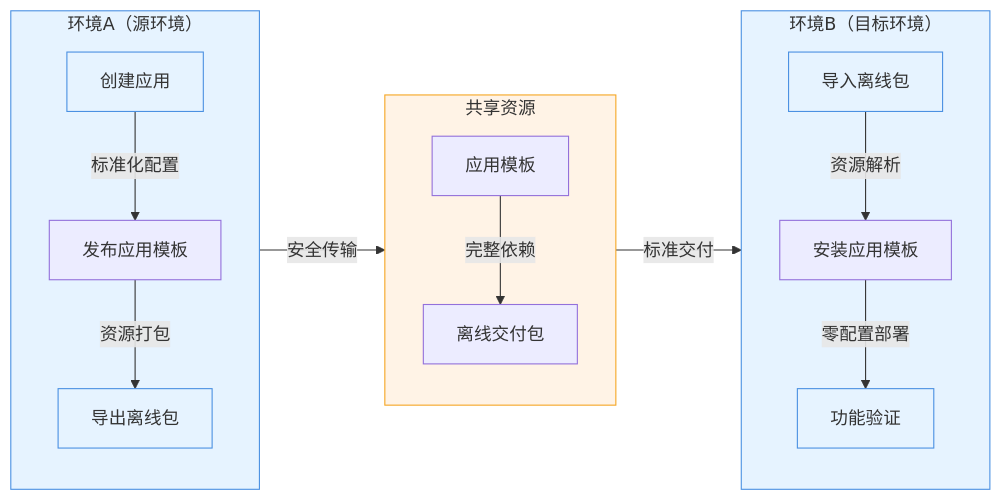
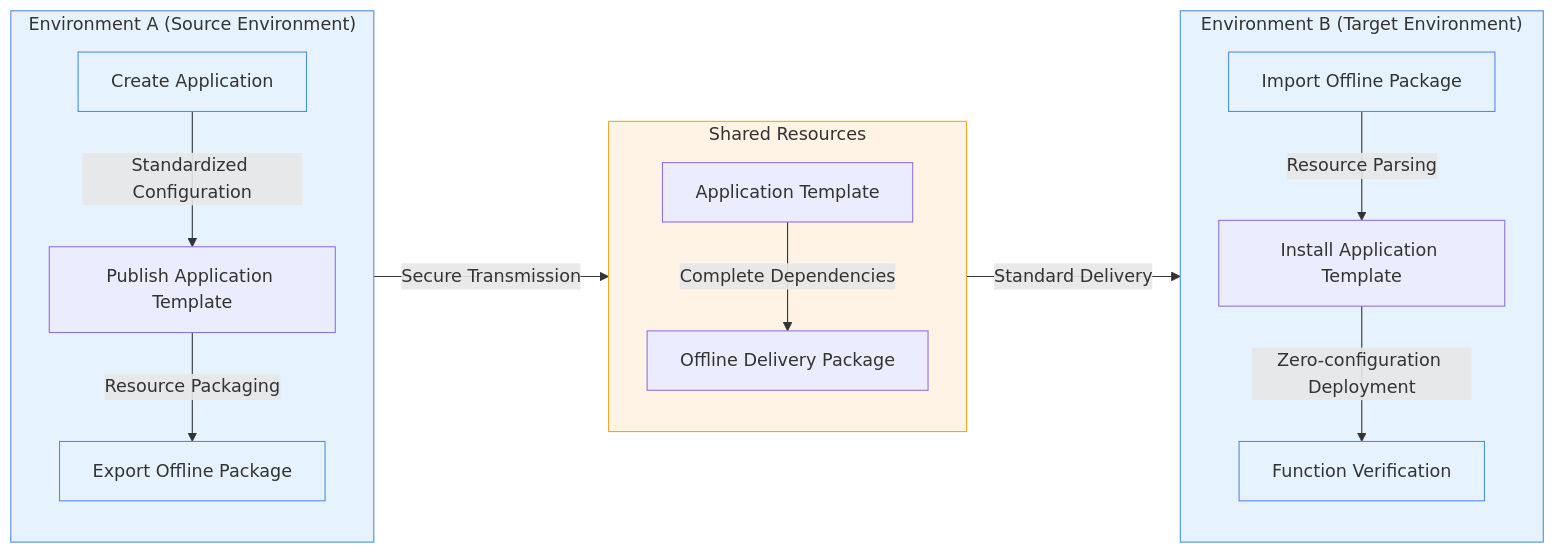
One commit to goodrain/rainbond-docs changed the diagram in i18n/en/docusaurus-plugin-content-docs/current/tutorial/app-template-offline.md. Above: the diagram before and after it, drawn with Mermaid. The commit also changed other lines of this file and 14 other files, not shown here.

````diff
--- a/i18n/en/docusaurus-plugin-content-docs/current/tutorial/app-template-offline.md
+++ b/i18n/en/docusaurus-plugin-content-docs/current/tutorial/app-template-offline.md
@@ -16,32 +16,32 @@
 ```mermaid
 flowchart LR
-    subgraph ENV_A["环境A（源环境）"]
+    subgraph ENV_A["Environment A (Source Environment)"]
         direction TB
-        A1[创建应用] -->|标准化配置| A2[发布应用模板]
-        A2 -->|资源打包| A3[导出离线包]
+        A1[Create Application] -->|Standardized Configuration| A2[Publish Application Template]
+        A2 -->|Resource Packaging| A3[Export Offline Package]
         style A1 fill:#e6f3ff,stroke:#4a90e2
         style A3 fill:#e6f3ff,stroke:#4a90e2
     end
 
-    subgraph LIB["共享资源"]
+    subgraph LIB["Shared Resources"]
         direction TB
-        L1[应用模板] -->|完整依赖| L2[离线交付包]
+        L1[Application Template] -->|Complete Dependencies| L2[Offline Delivery Package]
         style LIB fill:#fff3e6,stroke:#f5a623
     end
 
-    subgraph ENV_B["环境B（目标环境）"]
+    subgraph ENV_B["Environment B (Target Environment)"]
         direction TB
-        B1[导入离线包] -->|资源解析| B2[安装应用模板]
-        B2 -->|零配置部署| B3[功能验证]
+        B1[Import Offline Package] -->|Resource Parsing| B2[Install Application Template]
+        B2 -->|Zero-configuration Deployment| B3[Function Verification]
         style B1 fill:#e6f3ff,stroke:#4a90e2
         style B3 fill:#e6f3ff,stroke:#4a90e2
     end
 
-    ENV_A -->|安全传输| LIB
-    LIB -->|标准交付| ENV_B
+    ENV_A -->|Secure Transmission| LIB
+    LIB -->|Standard Delivery| ENV_B
 
     classDef env fill:#e6f3ff,stroke:#4a90e2;
     classDef lib fill:#fff3e6,stroke:#f5a623;
     class ENV_A,ENV_B env
     class LIB lib
 ```
````
